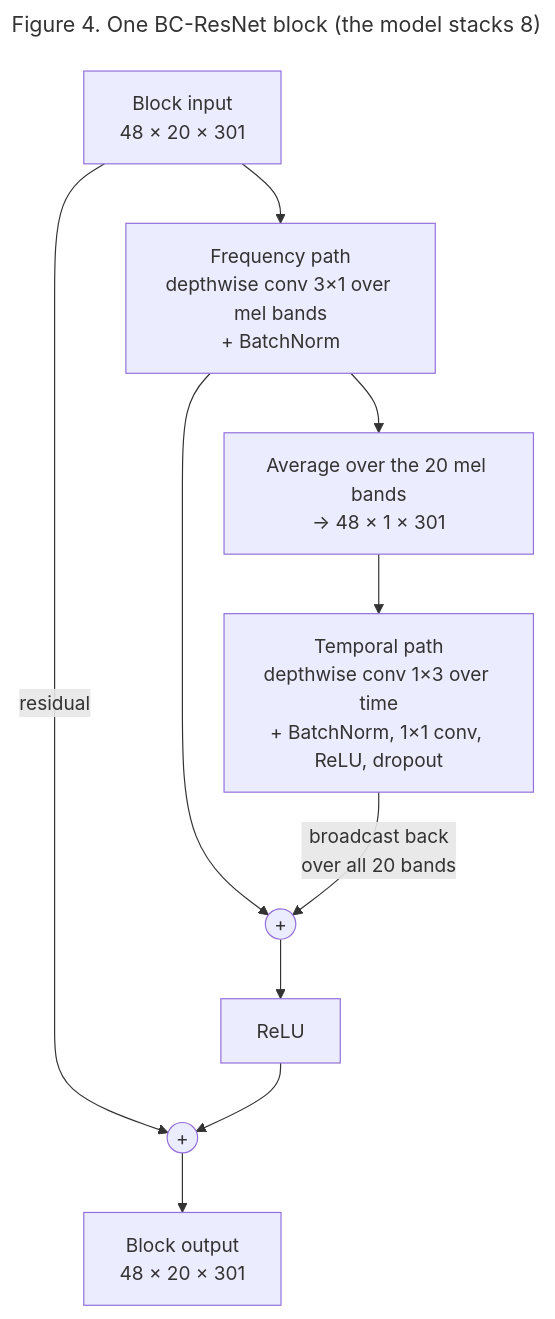
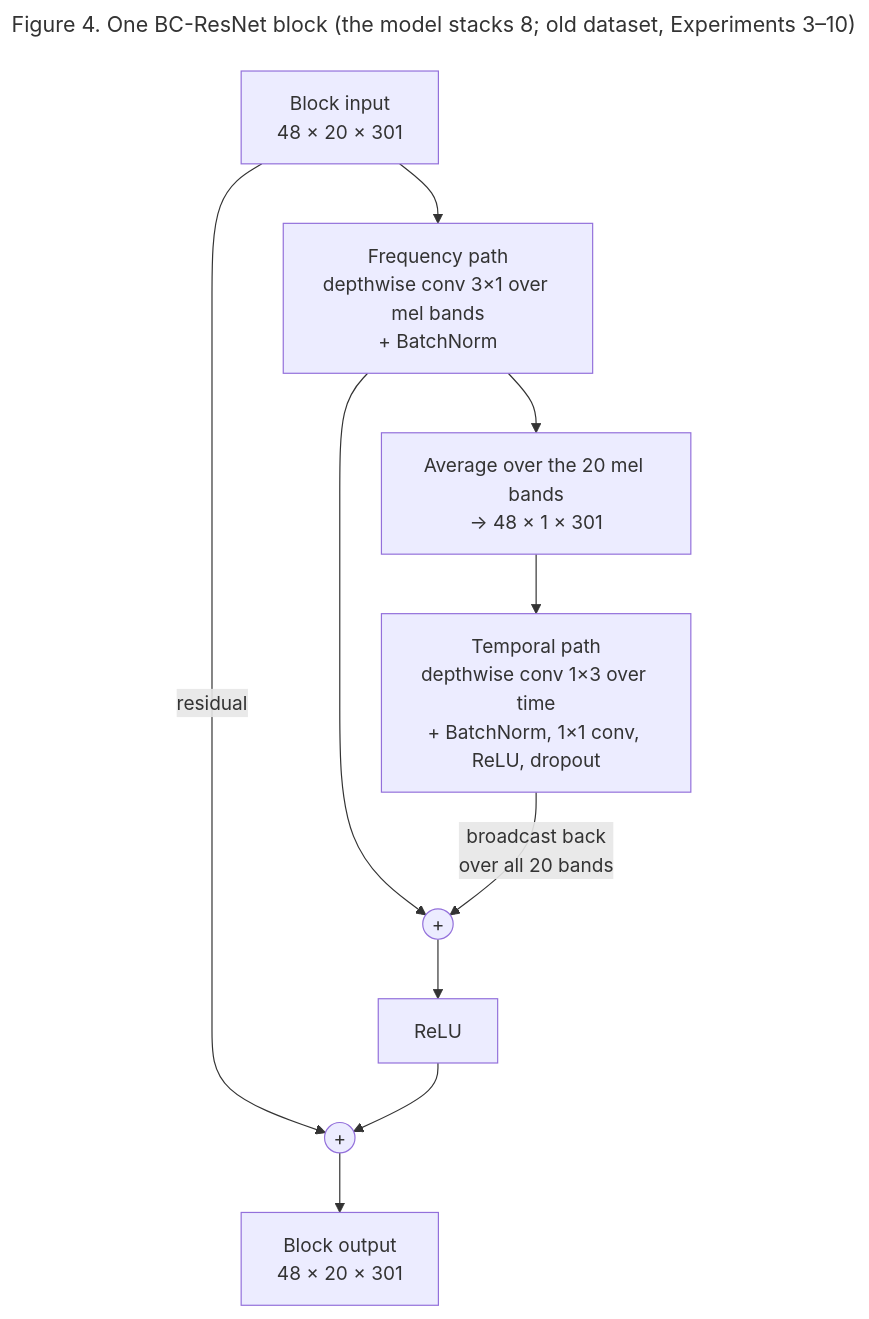
One commit to quielq/quielq-vcm changed the fourth of 7 diagrams in docs/MODEL.md. Above: the diagram before and after it, drawn with Mermaid. The commit also changed other lines of this file and 3 other files, not shown here.

````diff
--- a/docs/MODEL.md
+++ b/docs/MODEL.md
@@ -239,14 +259,14 @@
 ```mermaid
 ---
-title: Figure 4. One BC-ResNet block (the model stacks 8)
+title: Figure 4. One BC-ResNet block (the model stacks 8; old dataset, Experiments 3–10)
 ---
 flowchart TB
     X["Block input<br/>48 × 20 × 301"] --> FP["Frequency path<br/>depthwise conv 3×1 over mel bands<br/>+ BatchNorm"]
     FP --> AVG["Average over the 20 mel bands<br/>→ 48 × 1 × 301"]
     AVG --> TP["Temporal path<br/>depthwise conv 1×3 over time<br/>+ BatchNorm, 1×1 conv, ReLU, dropout"]
     FP --> ADD(("+"))
     TP -->|"broadcast back<br/>over all 20 bands"| ADD
     X -->|"residual"| ADD2(("+"))
     ADD --> R["ReLU"] --> ADD2
     ADD2 --> OUT["Block output<br/>48 × 20 × 301"]
 ```
````
